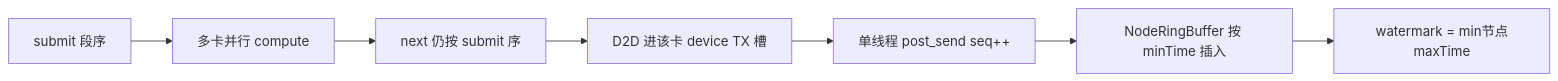
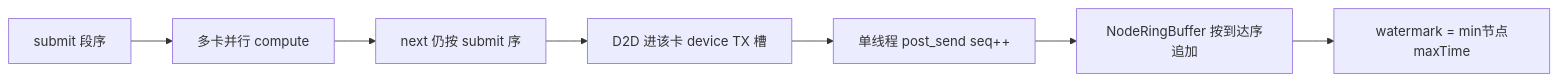
One commit to Wasshoii/pni_r2c changed the second of 2 diagrams in docs/接口说明/dataplane/rdma/GPUDirectRDMA.md. Above: the diagram before and after it, drawn with Mermaid. The commit also changed other lines of this file and 13 other files, not shown here.

````diff
--- a/docs/接口说明/dataplane/rdma/GPUDirectRDMA.md
+++ b/docs/接口说明/dataplane/rdma/GPUDirectRDMA.md
@@ -38,11 +38,11 @@
 ```mermaid
 flowchart LR
   submit["submit 段序"]
   gpus["多卡并行 compute"]
   next["next 仍按 submit 序"]
   d2d["D2D 进该卡 device TX 槽"]
   wr["单线程 post_send seq++"]
-  align["NodeRingBuffer 按 minTime 插入"]
+  align["NodeRingBuffer 按到达序追加"]
   wm["watermark = min节点maxTime"]
   submit --> gpus --> next --> d2d --> wr --> align --> wm
 ```
````
